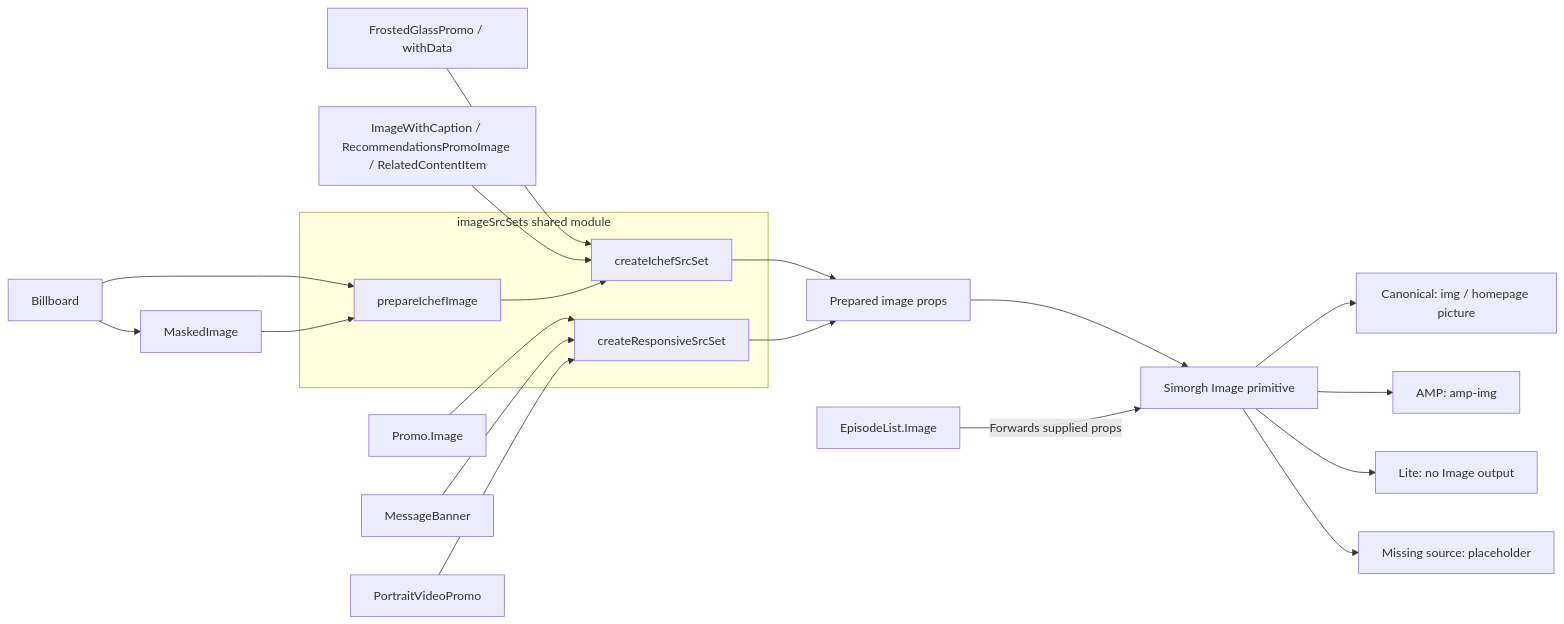
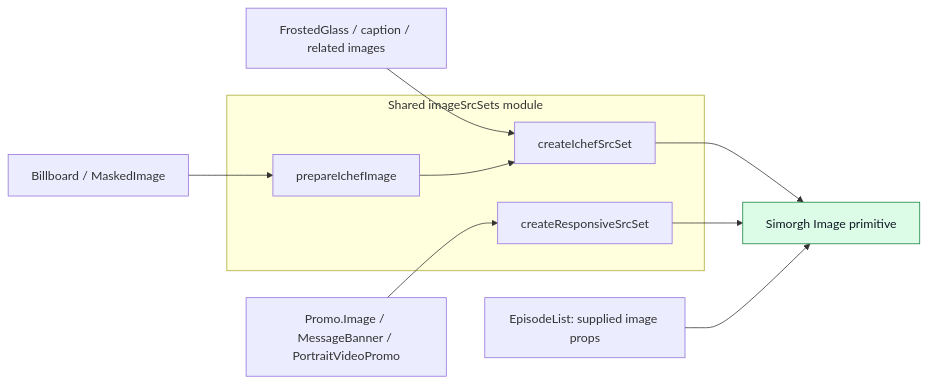
Before and after one commit to bbc/simorgh: the fourth of 9 diagrams in ws-nextjs-app/Image-Platform-Presentation.md, drawn with Mermaid. The commit also changed other lines of this file, not shown here.

````diff
--- a/ws-nextjs-app/Image-Platform-Presentation.md
+++ b/ws-nextjs-app/Image-Platform-Presentation.md
@@ -219,25 +55,14 @@
 ```mermaid
 flowchart LR
-    B["Billboard"] --> P
-    B --> M["MaskedImage"]
-    M --> P
-    F["FrostedGlassPromo / withData"] --> C
-    O["ImageWithCaption / RecommendationsPromoImage / RelatedContentItem"] --> C
-    PR["Promo.Image"] --> R
-    MB["MessageBanner"] --> R
-    V["PortraitVideoPromo"] --> R
-
-    subgraph SHARED["imageSrcSets shared module"]
-        P["prepareIchefImage"] --> C["createIchefSrcSet"]
+    B["Billboard / MaskedImage"] --> P["prepareIchefImage"]
+    F["FrostedGlass / caption / related images"] --> C
+    O["Promo.Image / MessageBanner / PortraitVideoPromo"] --> R
+    subgraph Shared["Shared imageSrcSets module"]
+        P --> C["createIchefSrcSet"]
         R["createResponsiveSrcSet"]
     end
-
-    C --> PROPS["Prepared image props"]
-    R --> PROPS
-    PROPS --> I["Simorgh Image primitive"]
-    E["EpisodeList.Image"] -->|"Forwards supplied props"| I
-    I --> CAN["Canonical: img / homepage picture"]
-    I --> AMP["AMP: amp-img"]
-    I --> LITE["Lite: no Image output"]
-    I --> MISS["Missing source: placeholder"]
+    C --> I["Simorgh Image primitive"]
+    R --> I
+    E["EpisodeList: supplied image props"] --> I
+    style I fill:#dcfce7,stroke:#15803d,color:#111827
 ```
````
